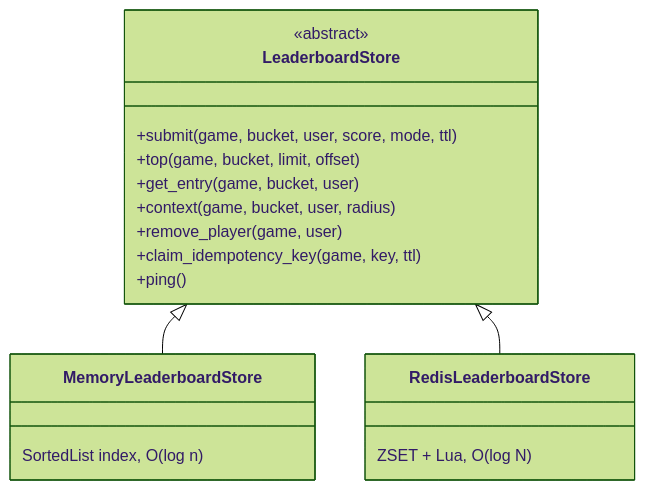
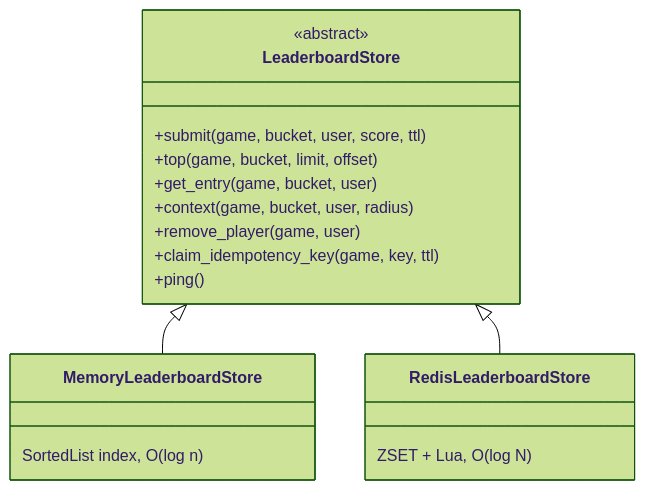
One commit to evasy/gaming-leaderboard-api changed the fifth of 6 diagrams in docs/architecture.md. Above: the diagram before and after it, drawn with Mermaid (forest theme). The commit also changed other lines of this file and 11 other files, not shown here.

````diff
--- a/docs/architecture.md
+++ b/docs/architecture.md
@@ -182,17 +201,17 @@
 ```mermaid
 classDiagram
     class LeaderboardStore {
         <<abstract>>
-        +submit(game, bucket, user, score, mode, ttl)
+        +submit(game, bucket, user, score, ttl)
         +top(game, bucket, limit, offset)
         +get_entry(game, bucket, user)
         +context(game, bucket, user, radius)
         +remove_player(game, user)
         +claim_idempotency_key(game, key, ttl)
         +ping()
     }
     LeaderboardStore <|-- MemoryLeaderboardStore
     LeaderboardStore <|-- RedisLeaderboardStore
     MemoryLeaderboardStore : SortedList index, O(log n)
     RedisLeaderboardStore : ZSET + Lua, O(log N)
 ```
````
